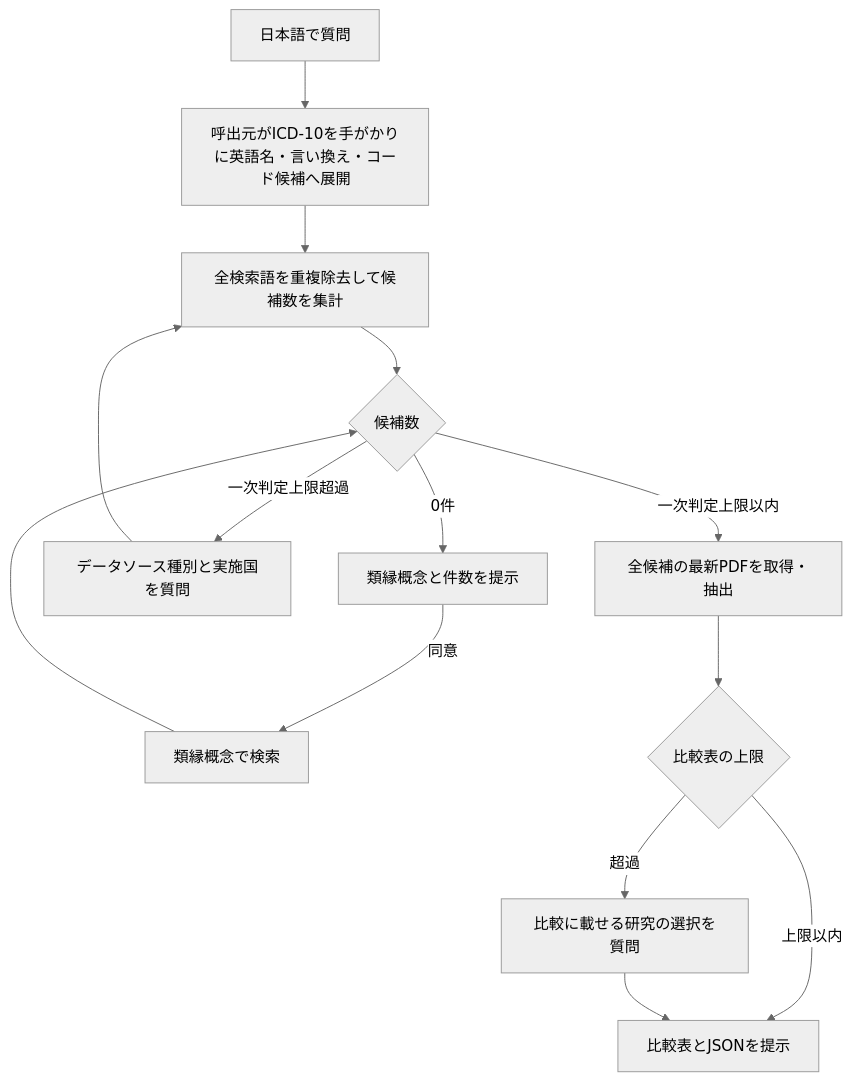
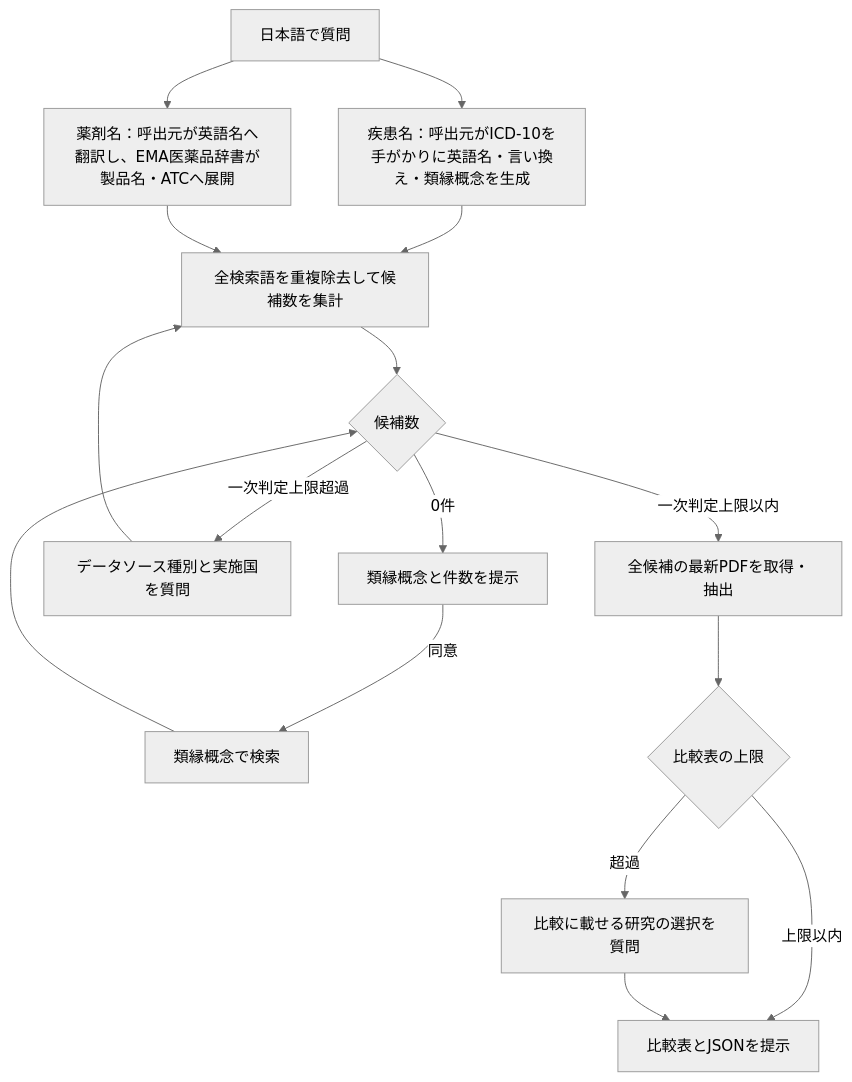
Before and after one commit to parfait0707/ema-rwe-mcp: the diagram in README.md, drawn with Mermaid (neutral theme). The commit also changed other lines of this file, not shown here.

````diff
--- a/README.md
+++ b/README.md
@@ -40,16 +46,18 @@
 ```mermaid
 flowchart TD
-    A[日本語で質問] --> B[呼出元がICD-10を手がかりに英語名・言い換え・コード候補へ展開]
-    B --> C[全検索語を重複除去して候補数を集計]
+    A[日本語で質問] --> B1[疾患名：呼出元がICD-10を手がかりに英語名・言い換え・類縁概念を生成]
+    A --> B2[薬剤名：呼出元が英語名へ翻訳し、EMA医薬品辞書が製品名・ATCへ展開]
+    B1 --> C[全検索語を重複除去して候補数を集計]
+    B2 --> C
     C --> D{候補数}
     D -->|0件| J[類縁概念と件数を提示]
     J -->|同意| K[類縁概念で検索]
     K --> D
     D -->|一次判定上限超過| E[データソース種別と実施国を質問]
     E --> C
     D -->|一次判定上限以内| F[全候補の最新PDFを取得・抽出]
     F --> G{比較表の上限}
     G -->|超過| H[比較に載せる研究の選択を質問]
     G -->|上限以内| I[比較表とJSONを提示]
     H --> I
 ```
````
